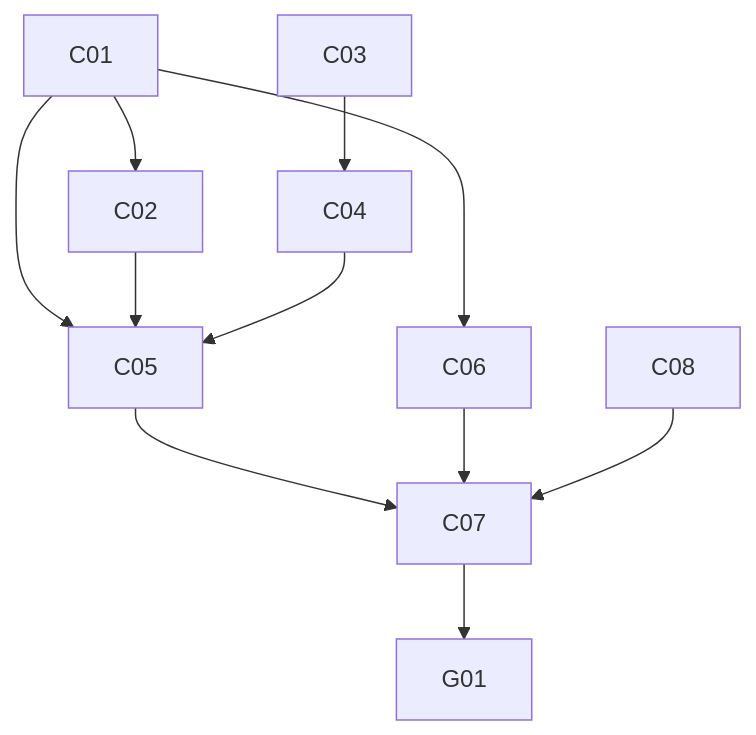
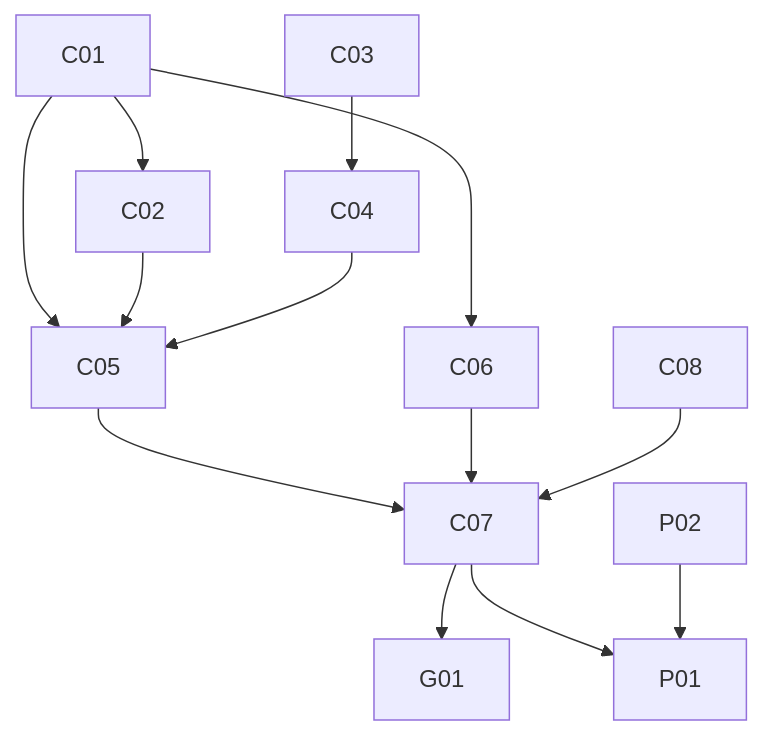
One commit to ochanuco/yunomi changed the diagram in docs/plan/capability-plan.md. Above: the diagram before and after it, drawn with Mermaid. The commit also changed other lines of this file, not shown here.

````diff
--- a/docs/plan/capability-plan.md
+++ b/docs/plan/capability-plan.md
@@ -79,13 +90,15 @@
 ```mermaid
 graph TD
   C01 --> C02
   C01 --> C05
   C02 --> C05
   C03 --> C04
   C04 --> C05
   C01 --> C06
   C05 --> C07
   C06 --> C07
   C08 --> C07
   C07 --> G01
+  C07 --> P01
+  P02 --> P01
 ```
````
